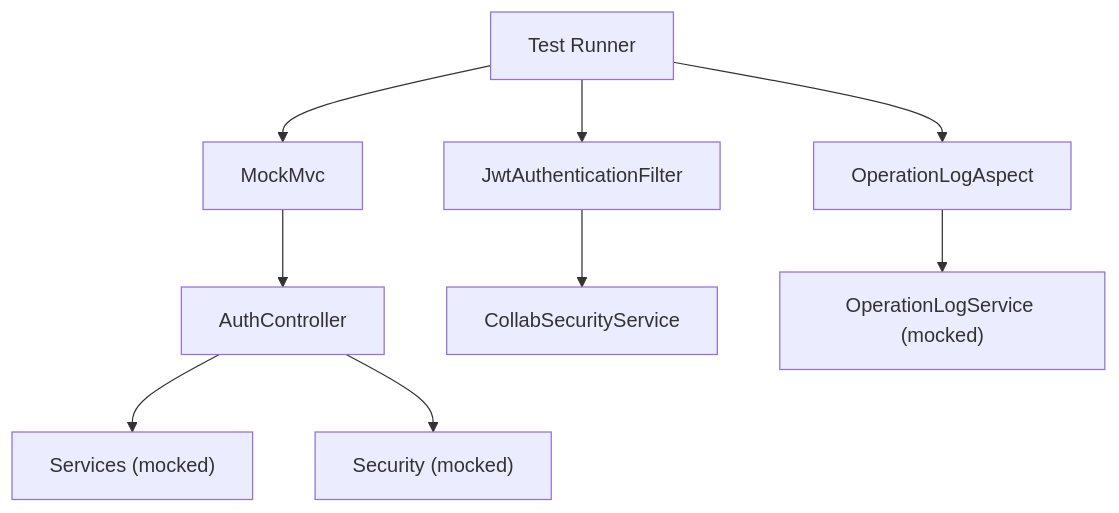
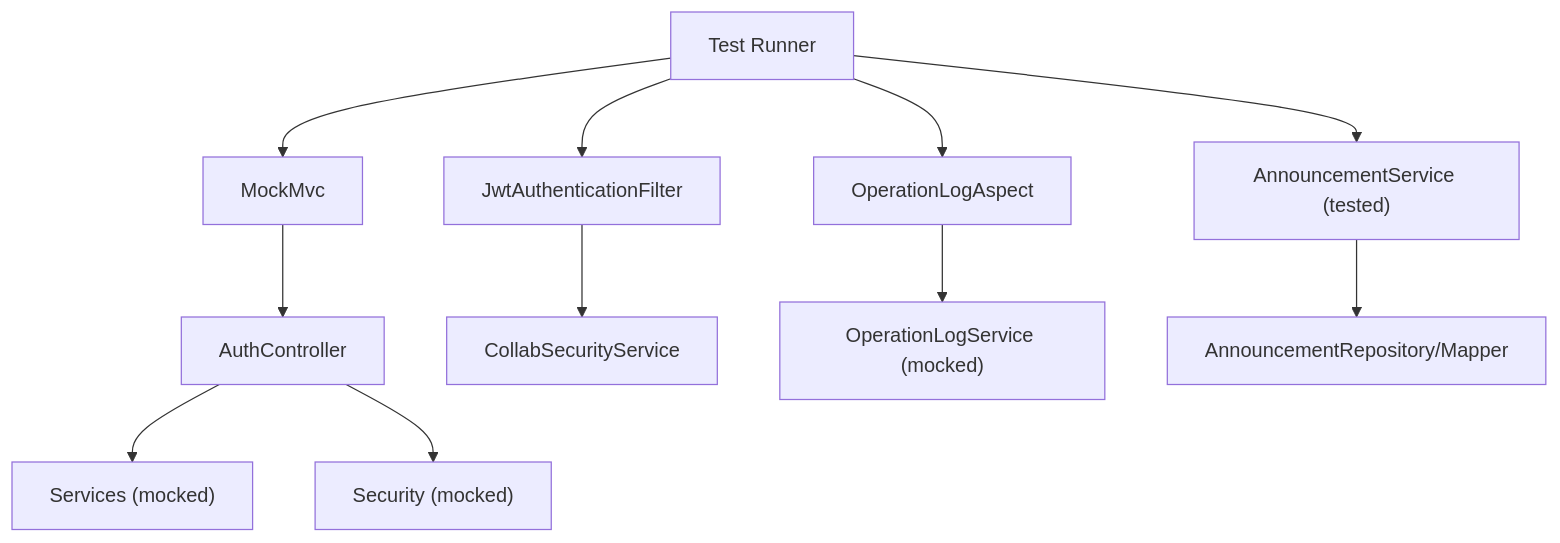
The second of 9 diagrams in .qoder/repowiki/en/content/Testing Strategy.md (bo961386926/Survey-App), drawn with Mermaid before and after one commit. The commit also changed other lines of this file and 18 other files, not shown here.

````diff
--- a/.qoder/repowiki/en/content/Testing Strategy.md
+++ b/.qoder/repowiki/en/content/Testing Strategy.md
@@ -87,11 +109,13 @@
 ```mermaid
 graph TB
 Client["Test Runner"] --> MVC["MockMvc"]
 MVC --> Ctlr["AuthController"]
 Ctlr --> Svc["Services (mocked)"]
 Ctlr --> Sec["Security (mocked)"]
 Client --> Filter["JwtAuthenticationFilter"]
 Filter --> SecSvc["CollabSecurityService"]
 Client --> Aspect["OperationLogAspect"]
 Aspect --> LogSvc["OperationLogService (mocked)"]
+Client --> AnnSvc["AnnouncementService (tested)"]
+AnnSvc --> AnnRepo["AnnouncementRepository/Mapper"]
 ```
````
